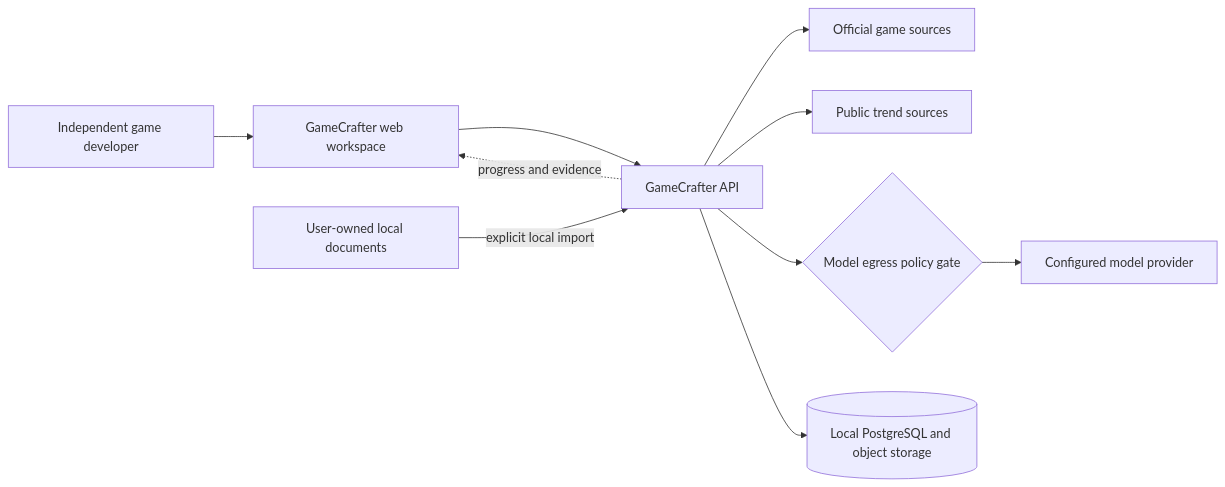
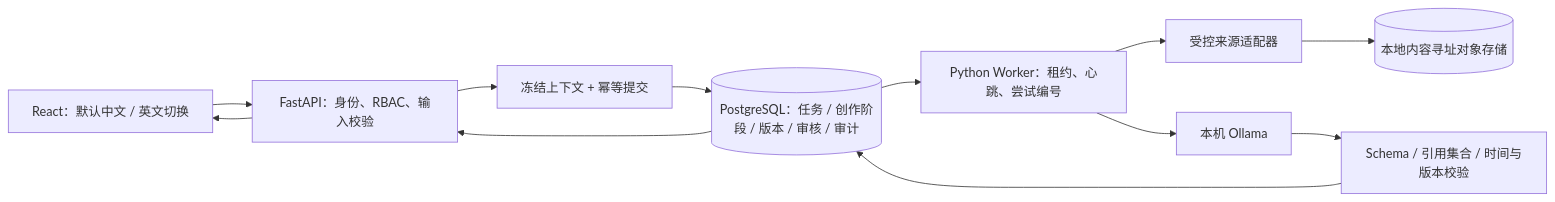
One commit to Wenqi77Zhang/GameCrafter-Agent changed the second of 3 diagrams in docs/architecture/system-architecture.md. Above: the diagram before and after it, drawn with Mermaid. The commit also changed other lines of this file and 50 other files, not shown here.

First line of the commit message:
feat: replace creative placeholders with bounded local model workflow

````diff
--- a/docs/architecture/system-architecture.md
+++ b/docs/architecture/system-architecture.md
@@ -62,20 +41,13 @@
 ```mermaid
 flowchart LR
-    USER["Independent game developer"]
-    WEB["GameCrafter web workspace"]
-    API["GameCrafter API"]
-    MODEL["Configured model provider"]
-    OFFICIAL["Official game sources"]
-    TREND["Public trend sources"]
-    FILES["User-owned local documents"]
-    EGRESS{"Model egress policy gate"}
-    DB[("Local PostgreSQL and object storage")]
-
-    USER --> WEB --> API
-    API --> OFFICIAL
-    API --> TREND
-    FILES -->|"explicit local import"| API
-    API --> EGRESS --> MODEL
-    API --> DB
-    API -. "progress and evidence" .-> WEB
+    UI["React：默认中文 / 英文切换"] --> API["FastAPI：身份、RBAC、输入校验"]
+    API --> COMMAND["冻结上下文 + 幂等提交"]
+    COMMAND --> DB[("PostgreSQL：任务 / 创作阶段 / 版本 / 审核 / 审计")]
+    DB --> WORKER["Python Worker：租约、心跳、尝试编号"]
+    WORKER --> SOURCE["受控来源适配器"]
+    WORKER --> MODEL["本机 Ollama"]
+    SOURCE --> OBJECTS[("本地内容寻址对象存储")]
+    MODEL --> VALIDATE["Schema / 引用集合 / 时间与版本校验"]
+    VALIDATE --> DB
+    DB --> API --> UI
 ```
````
